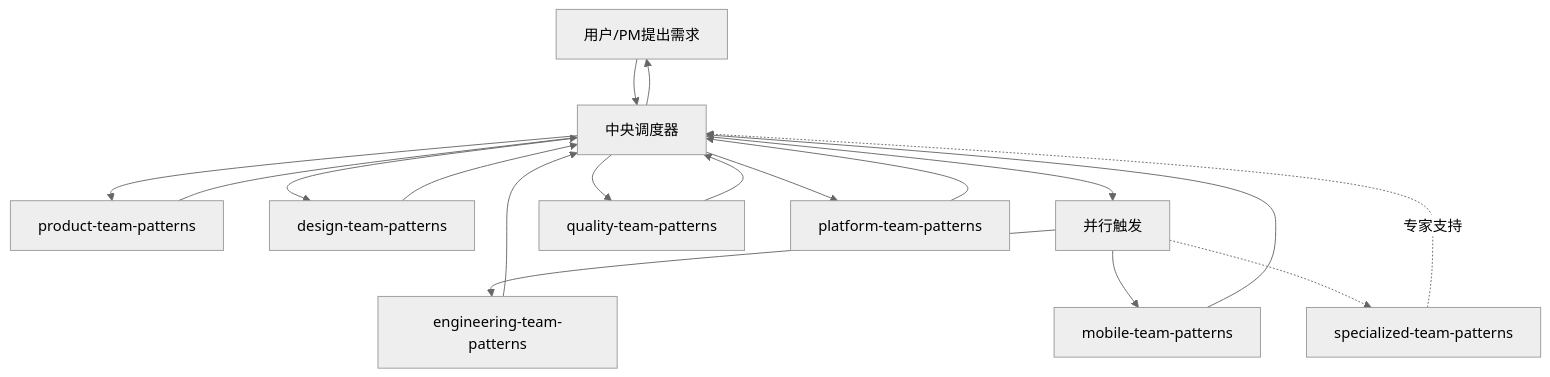
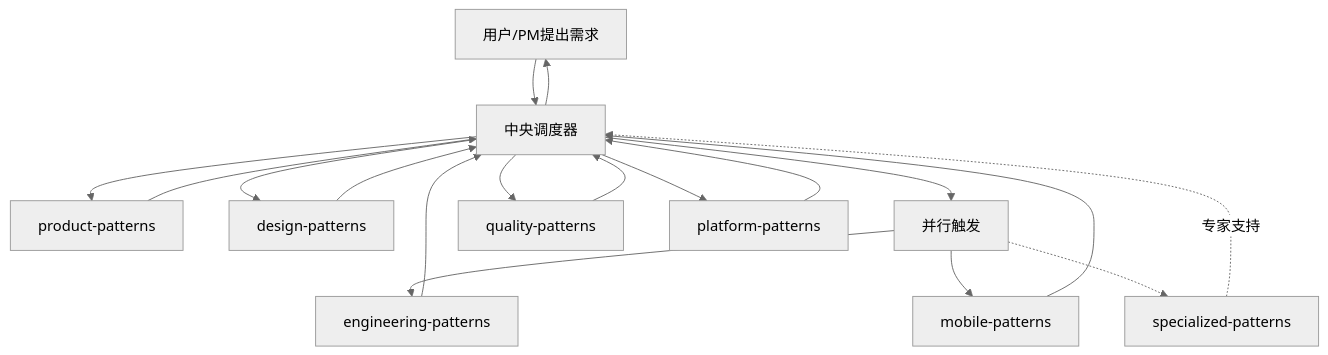
Before and after one commit to Tooooommy/Trae-Workflow: the first of 2 diagrams in agents/orchestrator.md, drawn with Mermaid (neutral theme). The commit also changed other lines of this file and 17 other files, not shown here.

````diff
--- a/agents/orchestrator.md
+++ b/agents/orchestrator.md
@@ -25,28 +25,28 @@
 ```mermaid
 flowchart TD
     User[用户/PM提出需求] --> Orchestrator[中央调度器]
 
-    Orchestrator --> Product[product-team-patterns]
+    Orchestrator --> Product[product-patterns]
     Product --> Orchestrator
 
-    Orchestrator --> Design[design-team-patterns]
+    Orchestrator --> Design[design-patterns]
     Design --> Orchestrator
 
     Orchestrator --> Parallel[并行触发]
-    Parallel --> Dev[engineering-team-patterns]
-    Parallel --> Mobile[mobile-team-patterns]
-    Parallel -.-> Expert[specialized-team-patterns]
+    Parallel --> Dev[engineering-patterns]
+    Parallel --> Mobile[mobile-patterns]
+    Parallel -.-> Expert[specialized-patterns]
 
     Dev --> Orchestrator
     Mobile --> Orchestrator
 
-    Orchestrator --> QA[quality-team-patterns]
+    Orchestrator --> QA[quality-patterns]
     QA --> Orchestrator
 
-    Orchestrator --> Ops[platform-team-patterns]
+    Orchestrator --> Ops[platform-patterns]
     Ops --> Orchestrator
 
     Orchestrator --> User
 
     Expert -. 专家支持 .-> Orchestrator
 ```
````
